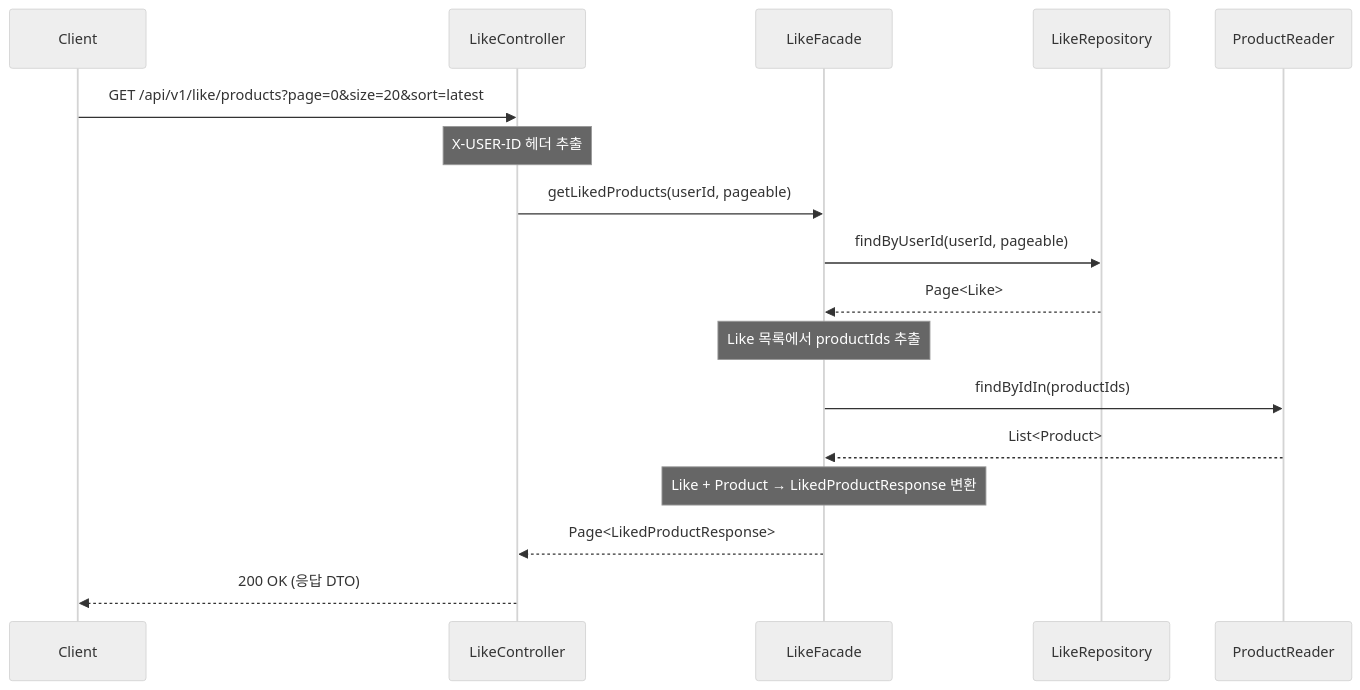
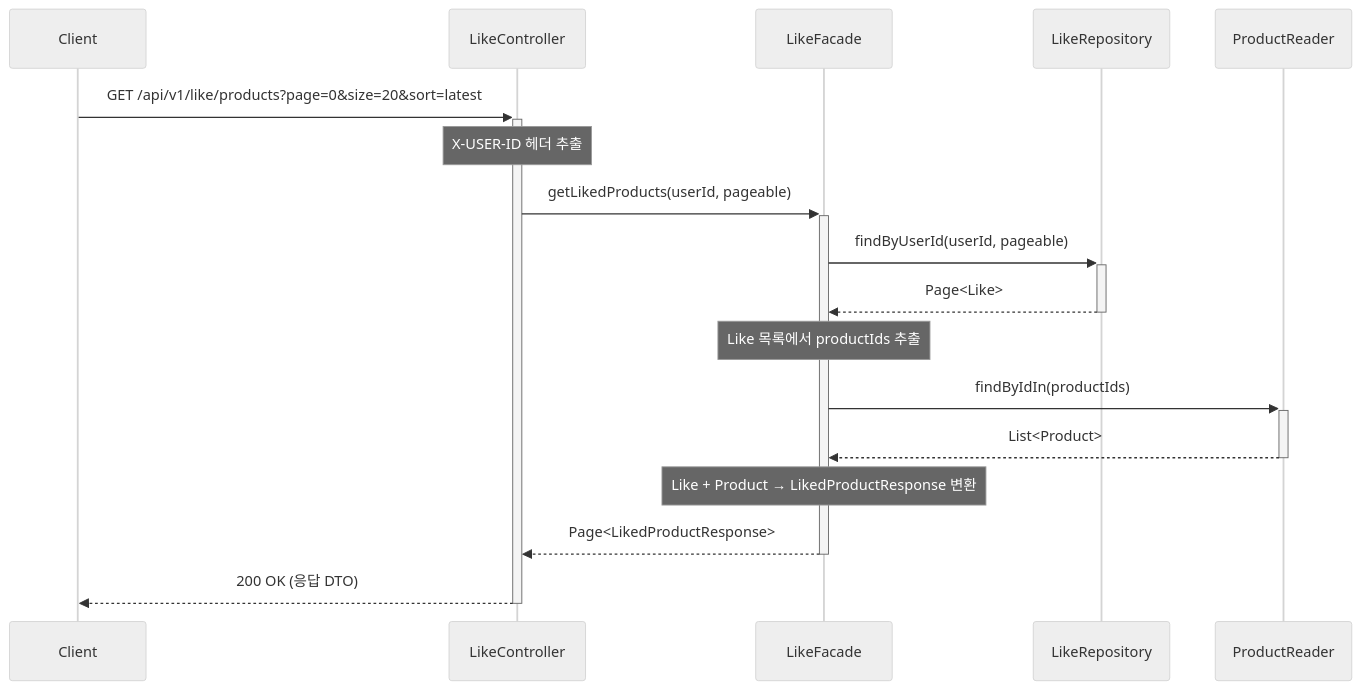
The sixth of 16 diagrams in docs/week2/02-sequence-diagrams.md (Loopers-dev-lab/loopers-spring-java-template), drawn with Mermaid (neutral theme) before and after one commit. The commit also changed other lines of this file, not shown here.

Commit message:
docs: 시퀀스 다이어그램 activation bar 추가

````diff
--- a/docs/week2/02-sequence-diagrams.md
+++ b/docs/week2/02-sequence-diagrams.md
@@ -290,25 +290,25 @@
 ```mermaid
 sequenceDiagram
     participant Client
     participant LikeController
     participant LikeFacade
     participant LikeRepository
     participant ProductReader
 
-    Client->>LikeController: GET /api/v1/like/products?page=0&size=20&sort=latest
+    Client->>+LikeController: GET /api/v1/like/products?page=0&size=20&sort=latest
     Note over LikeController: X-USER-ID 헤더 추출
 
-    LikeController->>LikeFacade: getLikedProducts(userId, pageable)
+    LikeController->>+LikeFacade: getLikedProducts(userId, pageable)
 
-    LikeFacade->>LikeRepository: findByUserId(userId, pageable)
-    LikeRepository-->>LikeFacade: Page<Like>
+    LikeFacade->>+LikeRepository: findByUserId(userId, pageable)
+    LikeRepository-->>-LikeFacade: Page<Like>
 
     Note over LikeFacade: Like 목록에서 productIds 추출
-    LikeFacade->>ProductReader: findByIdIn(productIds)
-    ProductReader-->>LikeFacade: List<Product>
+    LikeFacade->>+ProductReader: findByIdIn(productIds)
+    ProductReader-->>-LikeFacade: List<Product>
 
     Note over LikeFacade: Like + Product → LikedProductResponse 변환
 
-    LikeFacade-->>LikeController: Page<LikedProductResponse>
-    LikeController-->>Client: 200 OK (응답 DTO)
+    LikeFacade-->>-LikeController: Page<LikedProductResponse>
+    LikeController-->>-Client: 200 OK (응답 DTO)
 ```
````
